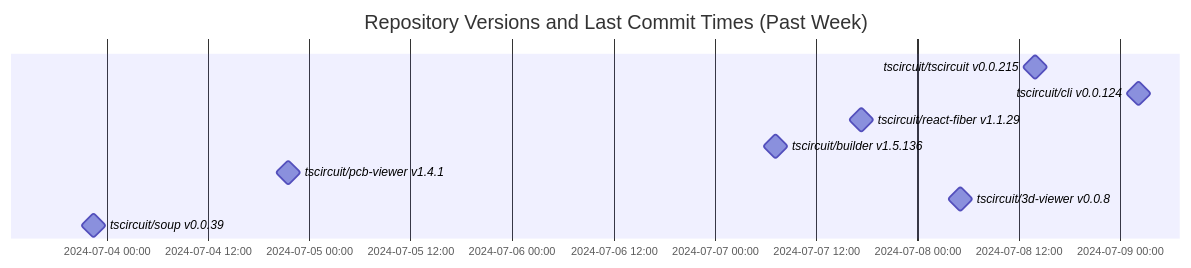
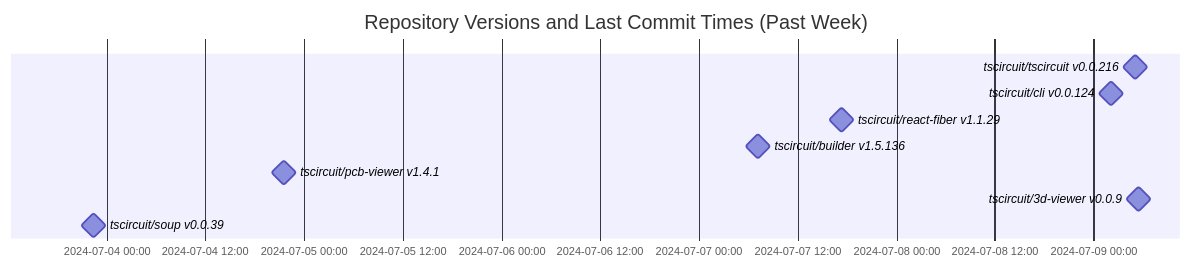
Before and after one commit to tscircuit/version-tracker: the diagram in README.md, drawn with Mermaid.

Commit message:
Update chart

````diff
--- a/README.md
+++ b/README.md
@@ -1,14 +1,14 @@
 ```mermaid
 gantt
   dateFormat  YYYY-MM-DD HH:mm:ss
   title Repository Versions and Last Commit Times (Past Week)
   axisFormat %Y-%m-%d %H:%M
 
-  tscircuit/tscircuit v0.0.215 : milestone, 2024-07-08 13:54:52, 1s
+  tscircuit/tscircuit v0.0.216 : milestone, 2024-07-09 05:04:56, 1s
   tscircuit/cli v0.0.124 : milestone, 2024-07-09 02:09:39, 1s
   tscircuit/react-fiber v1.1.29 : milestone, 2024-07-07 17:23:26, 1s
   tscircuit/builder v1.5.136 : milestone, 2024-07-07 07:13:19, 1s
   tscircuit/pcb-viewer v1.4.1 : milestone, 2024-07-04 21:31:51, 1s
-  tscircuit/3d-viewer v0.0.8 : milestone, 2024-07-08 05:06:01, 1s
+  tscircuit/3d-viewer v0.0.9 : milestone, 2024-07-09 05:28:08, 1s
   tscircuit/soup v0.0.39 : milestone, 2024-07-03 22:27:43, 1s
 ```
````
